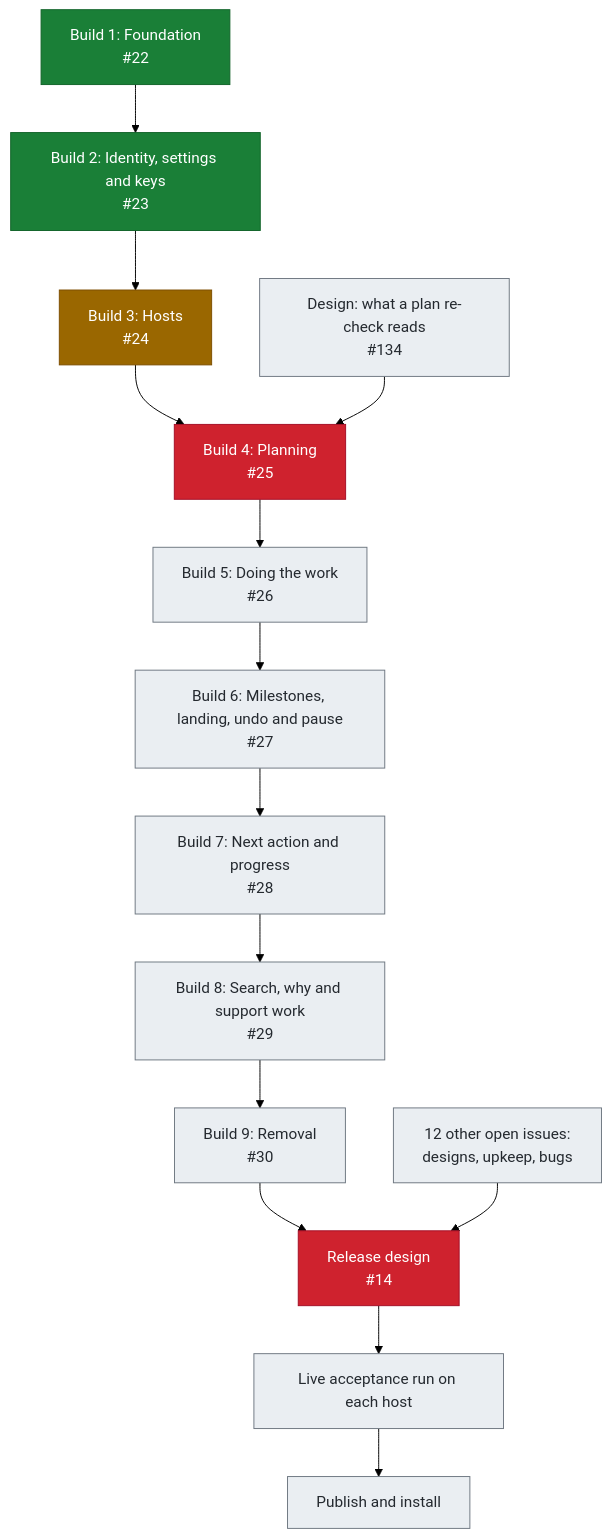
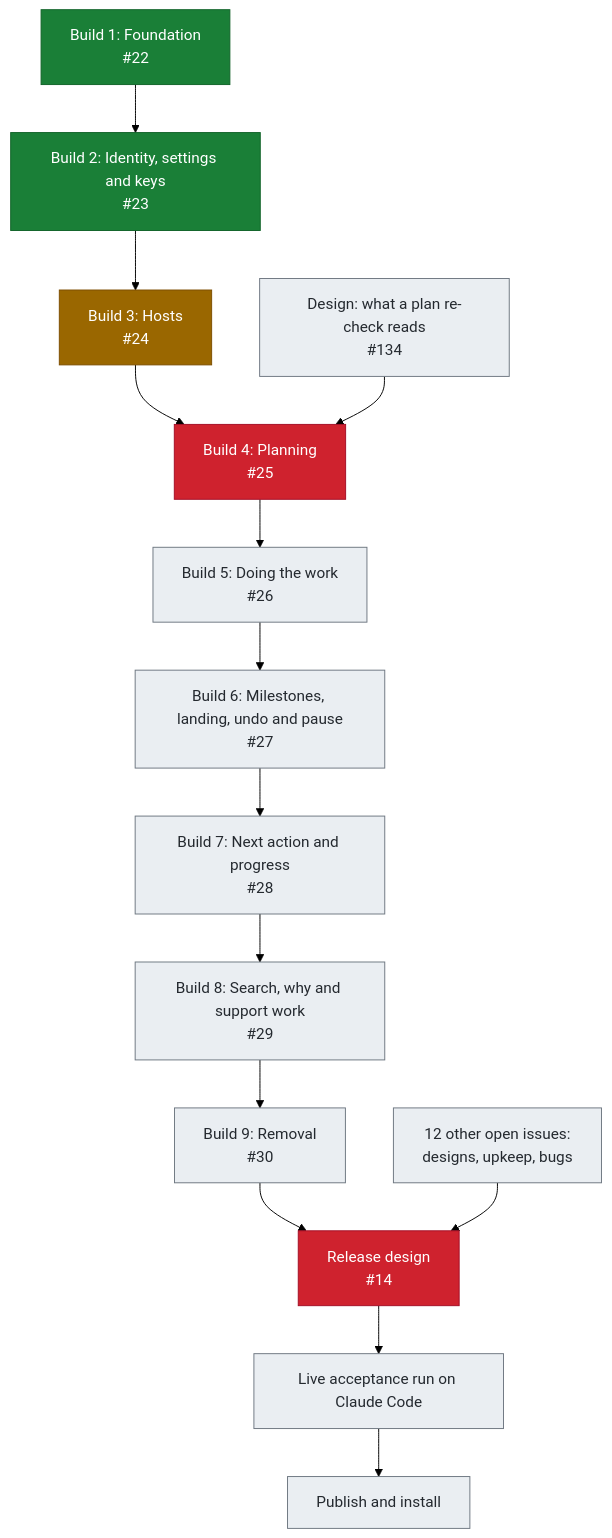
The first of 4 diagrams in docs/roadmap.md (crenshawdev/baley), drawn with Mermaid (forest theme) before and after one commit. The commit also changed other lines of this file, not shown here.

First line of the commit message:
docs(roadmap): show claude-only release scope and build 3 t2 in progress on the roadmap

````diff
--- a/docs/roadmap.md
+++ b/docs/roadmap.md
@@ -9,32 +9,32 @@
 ```mermaid
 flowchart TB
     B1["Build 1: Foundation<br/>#22"]
     B2["Build 2: Identity, settings and keys<br/>#23"]
     B3["Build 3: Hosts<br/>#24"]
     B4["Build 4: Planning<br/>#25"]
     B5["Build 5: Doing the work<br/>#26"]
     B6["Build 6: Milestones, landing, undo and pause<br/>#27"]
     B7["Build 7: Next action and progress<br/>#28"]
     B8["Build 8: Search, why and support work<br/>#29"]
     B9["Build 9: Removal<br/>#30"]
     D134["Design: what a plan re-check reads<br/>#134"]
     OTHER["12 other open issues:<br/>designs, upkeep, bugs"]
     R1["Release design<br/>#14"]
-    R2["Live acceptance run on each host"]
+    R2["Live acceptance run on Claude Code"]
     R3["Publish and install"]
 
     B1 --> B2 --> B3 --> B4 --> B5 --> B6 --> B7 --> B8 --> B9 --> R1 --> R2 --> R3
     D134 --> B4
     OTHER --> R1
 
     classDef done fill:#1a7f37,stroke:#116329,color:#ffffff
     classDef progress fill:#9a6700,stroke:#7d4e00,color:#ffffff
     classDef next fill:#fff8c5,stroke:#9a6700,stroke-width:3px,color:#3b2300
     classDef blocked fill:#cf222e,stroke:#a40e26,color:#ffffff
     classDef planned fill:#eaeef2,stroke:#6e7781,color:#24292f
 
     class B1,B2 done
     class B3 progress
     class B4,R1 blocked
     class B5,B6,B7,B8,B9,D134,OTHER,R2,R3 planned
 ```
````
